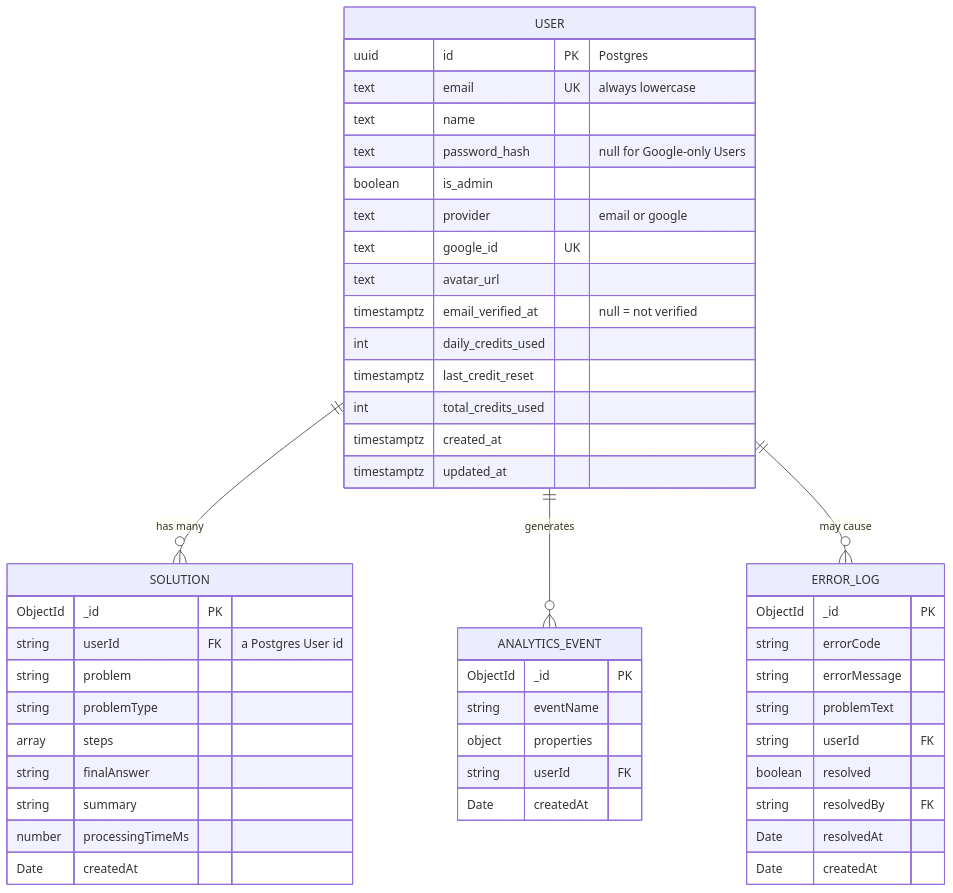
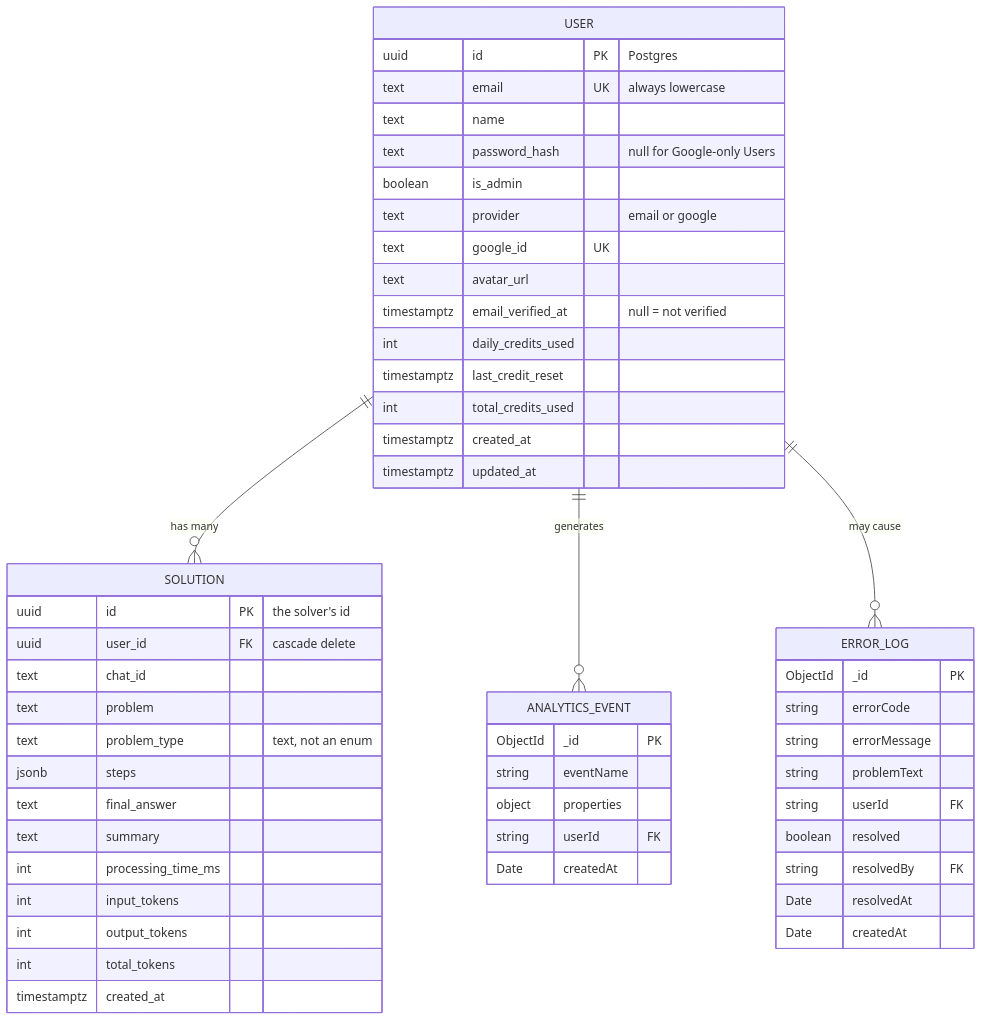
One commit to AbhishekBalija/MathGPT changed the sixth of 8 diagrams in docs/architecture.md. Above: the diagram before and after it, drawn with Mermaid. The commit also changed other lines of this file and 24 other files, not shown here.

````diff
--- a/docs/architecture.md
+++ b/docs/architecture.md
@@ -308,55 +308,59 @@
 ```mermaid
 erDiagram
     USER {
         uuid id PK "Postgres"
         text email UK "always lowercase"
         text name
         text password_hash "null for Google-only Users"
         boolean is_admin
         text provider "email or google"
         text google_id UK
         text avatar_url
         timestamptz email_verified_at "null = not verified"
         int daily_credits_used
         timestamptz last_credit_reset
         int total_credits_used
         timestamptz created_at
         timestamptz updated_at
     }
 
     SOLUTION {
-        ObjectId _id PK
-        string userId FK "a Postgres User id"
-        string problem
-        string problemType
-        array steps
-        string finalAnswer
-        string summary
-        number processingTimeMs
-        Date createdAt
+        uuid id PK "the solver's id"
+        uuid user_id FK "cascade delete"
+        text chat_id
+        text problem
+        text problem_type "text, not an enum"
+        jsonb steps
+        text final_answer
+        text summary
+        int processing_time_ms
+        int input_tokens
+        int output_tokens
+        int total_tokens
+        timestamptz created_at
     }
 
     ANALYTICS_EVENT {
         ObjectId _id PK
         string eventName
         object properties
         string userId FK
         Date createdAt
     }
 
     ERROR_LOG {
         ObjectId _id PK
         string errorCode
         string errorMessage
         string problemText
         string userId FK
         boolean resolved
         string resolvedBy FK
         Date resolvedAt
         Date createdAt
     }
 
     USER ||--o{ SOLUTION : "has many"
     USER ||--o{ ANALYTICS_EVENT : "generates"
     USER ||--o{ ERROR_LOG : "may cause"
 ```
````
